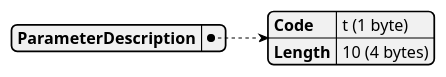
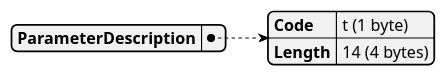
The fifth of 28 diagrams in docs/examples/exports/pagila-05-extended-query-named-prepared-statement/capture.plantuml.pkt.md (xfischer/pg_protoexport), drawn with PlantUML before and after one commit. The commit also changed other lines of this file and 135 other files, not shown here.

````diff
--- a/docs/examples/exports/pagila-05-extended-query-named-prepared-statement/capture.plantuml.pkt.md
+++ b/docs/examples/exports/pagila-05-extended-query-named-prepared-statement/capture.plantuml.pkt.md
@@ -59,10 +60,10 @@
 ```plantuml
 @startjson
 {
   "ParameterDescription": {
     "Code": "t (1 byte)",
-    "Length": "10 (4 bytes)"
+    "Length": "14 (4 bytes)"
   }
 }
 @endjson
 ```
````
